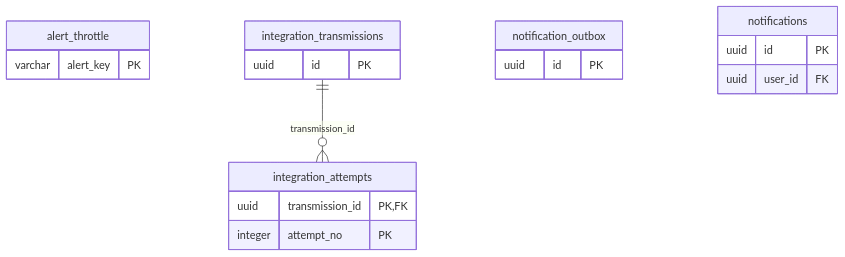
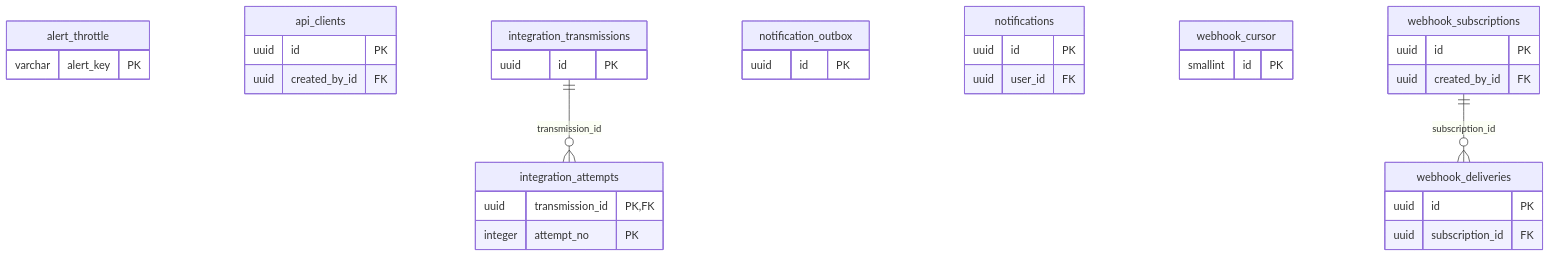
Diagram 12 of 15 in docs/04-data-model.md (Glenn74813/fas-mia), drawn with Mermaid before and after one commit. The commit also changed other lines of this file and 28 other files, not shown here.

First line of the commit message:
TOR gap T8: OAuth 2.0 API clients and signed webhooks

````diff
--- a/docs/04-data-model.md
+++ b/docs/04-data-model.md
@@ -838,21 +839,37 @@
 ```mermaid
 erDiagram
     alert_throttle {
         varchar alert_key PK
+    }
+    api_clients {
+        uuid id PK
+        uuid created_by_id FK
     }
     integration_attempts {
         uuid transmission_id PK,FK
         integer attempt_no PK
     }
     integration_transmissions {
         uuid id PK
     }
     notification_outbox {
         uuid id PK
     }
     notifications {
         uuid id PK
         uuid user_id FK
     }
+    webhook_cursor {
+        smallint id PK
+    }
+    webhook_deliveries {
+        uuid id PK
+        uuid subscription_id FK
+    }
+    webhook_subscriptions {
+        uuid id PK
+        uuid created_by_id FK
+    }
     integration_transmissions ||--o{ integration_attempts : "transmission_id"
+    webhook_subscriptions ||--o{ webhook_deliveries : "subscription_id"
 ```
````
